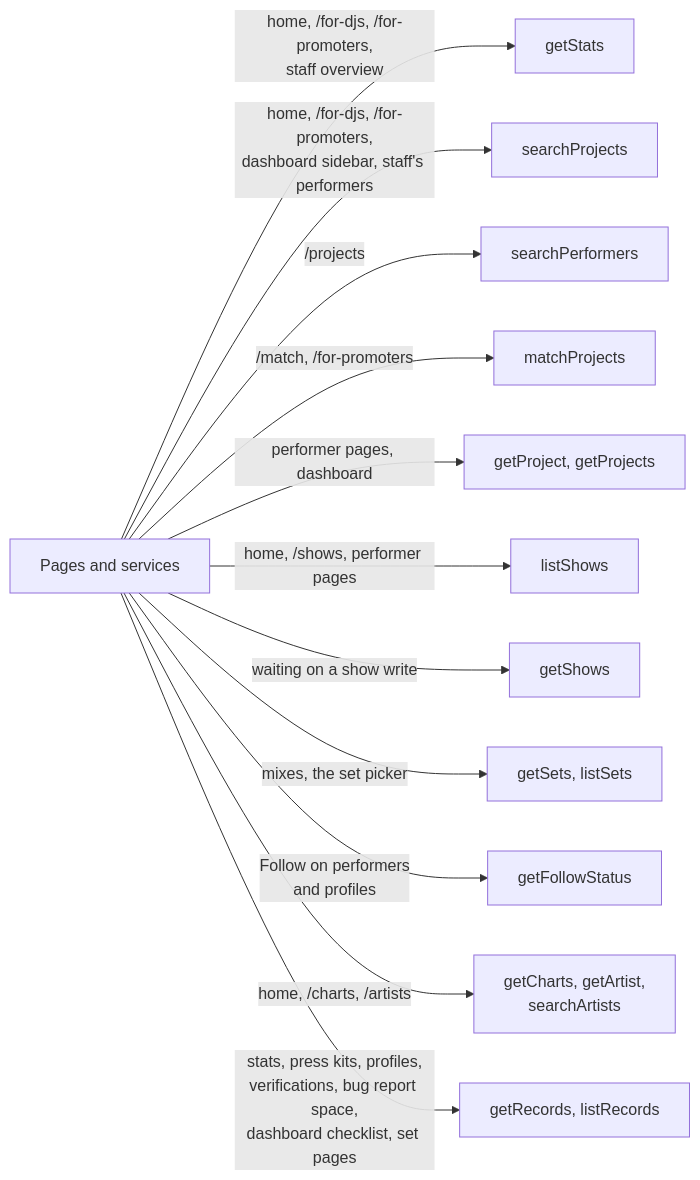
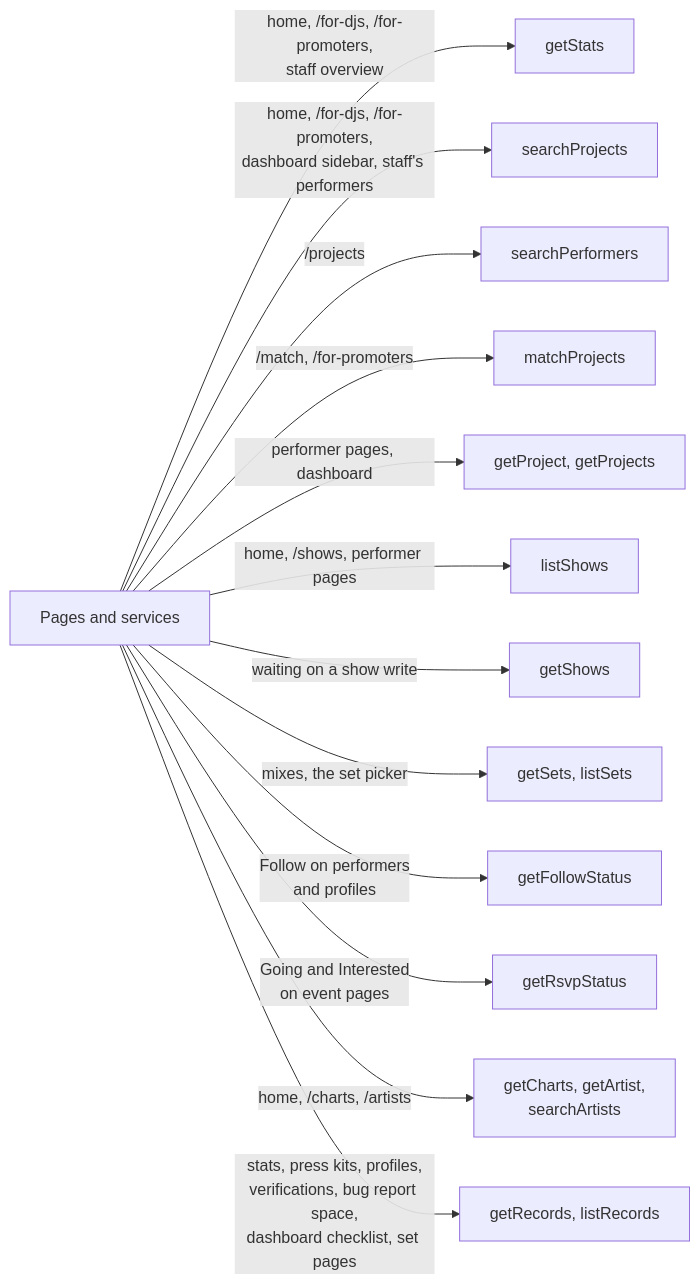
Before and after one commit to cutenode/localnetwork: the seventh of 7 diagrams in apps/web/docs/diagrams/jobs-and-directory.md, drawn with Mermaid. The commit also changed other lines of this file and 38 other files, not shown here.

First line of the commit message:
feat(web): add Going and Interested to event pages

````diff
--- a/apps/web/docs/diagrams/jobs-and-directory.md
+++ b/apps/web/docs/diagrams/jobs-and-directory.md
@@ -141,15 +145,16 @@
 ```mermaid
 flowchart LR
   Pages["Pages and services"]
   Pages -- "home, /for-djs, /for-promoters,<br/>staff overview" --> Q1["getStats"]
   Pages -- "home, /for-djs, /for-promoters,<br/>dashboard sidebar, staff's performers" --> Q10["searchProjects"]
   Pages -- "/projects" --> Q2["searchPerformers"]
   Pages -- "/match, /for-promoters" --> Q3["matchProjects"]
   Pages -- "performer pages, dashboard" --> Q4["getProject, getProjects"]
   Pages -- "home, /shows, performer pages" --> Q5["listShows"]
   Pages -- "waiting on a show write" --> Q11["getShows"]
   Pages -- "mixes, the set picker" --> Q6["getSets, listSets"]
   Pages -- "Follow on performers<br/>and profiles" --> Q7["getFollowStatus"]
+  Pages -- "Going and Interested<br/>on event pages" --> Q12["getRsvpStatus"]
   Pages -- "home, /charts, /artists" --> Q8["getCharts, getArtist,<br/>searchArtists"]
   Pages -- "stats, press kits, profiles,<br/>verifications, bug report space,<br/>dashboard checklist, set pages" --> Q9["getRecords, listRecords"]
 ```
````
